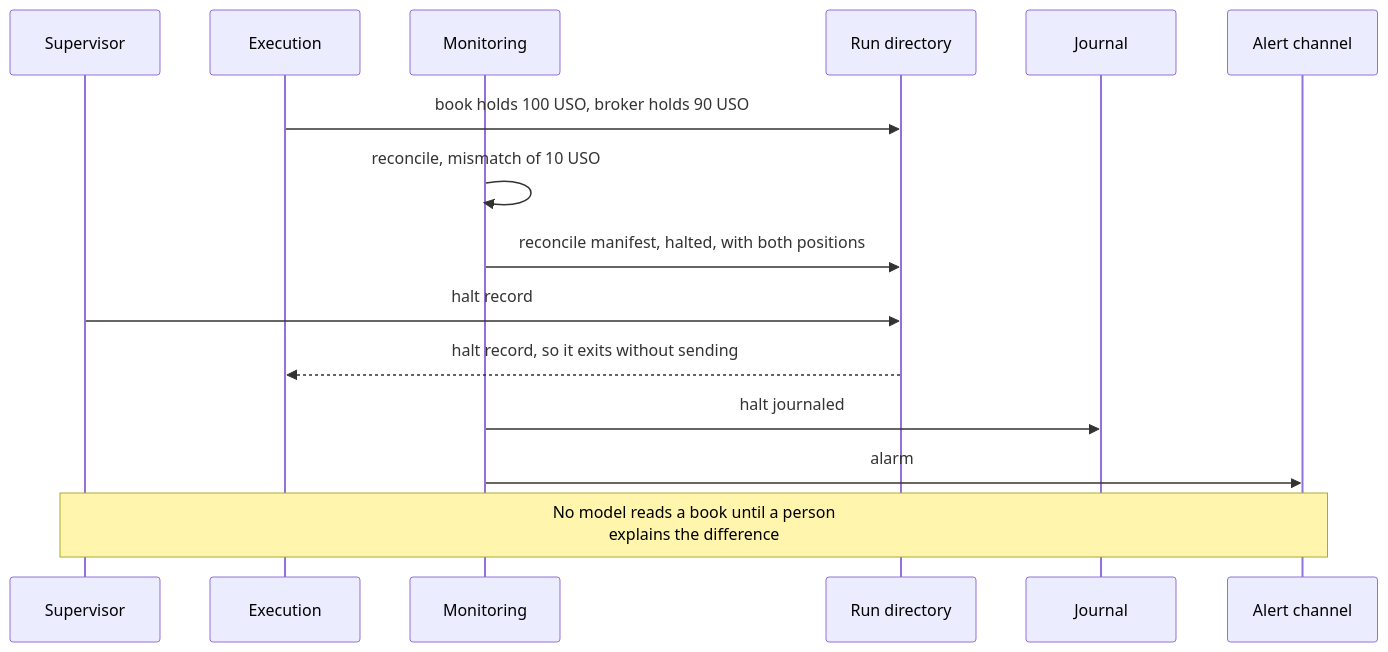
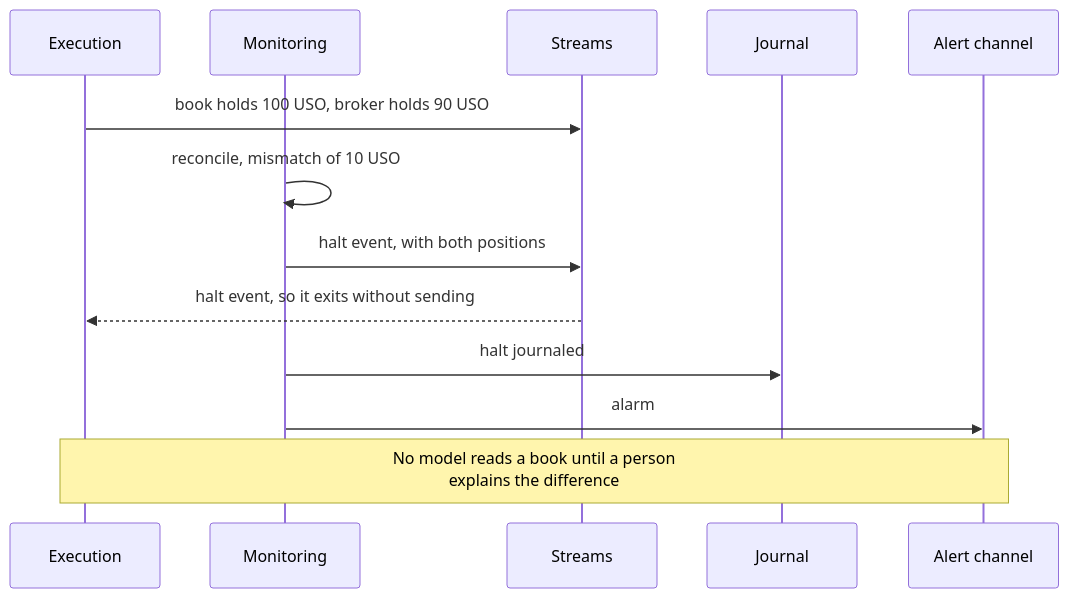
One commit to l3a0/ithildin-runtime changed the eighth of 16 diagrams in docs/architecture.md. Above: the diagram before and after it, drawn with Mermaid. The commit also changed other lines of this file and 2 other files, not shown here.

First line of the commit message:
docs(design): make the platform an event pipeline

````diff
--- a/docs/architecture.md
+++ b/docs/architecture.md
@@ -699,18 +704,16 @@
 ```mermaid
 sequenceDiagram
-    participant V as Supervisor
     participant X as Execution
     participant M as Monitoring
-    participant F as Run directory
+    participant F as Streams
     participant J as Journal
     participant L as Alert channel
 
     X->>F: book holds 100 USO, broker holds 90 USO
     M->>M: reconcile, mismatch of 10 USO
-    M->>F: reconcile manifest, halted, with both positions
-    V->>F: halt record
-    F-->>X: halt record, so it exits without sending
+    M->>F: halt event, with both positions
+    F-->>X: halt event, so it exits without sending
     M->>J: halt journaled
     M->>L: alarm
-    Note over V,L: No model reads a book until a person<br/>explains the difference
+    Note over X,L: No model reads a book until a person<br/>explains the difference
 ```
````
